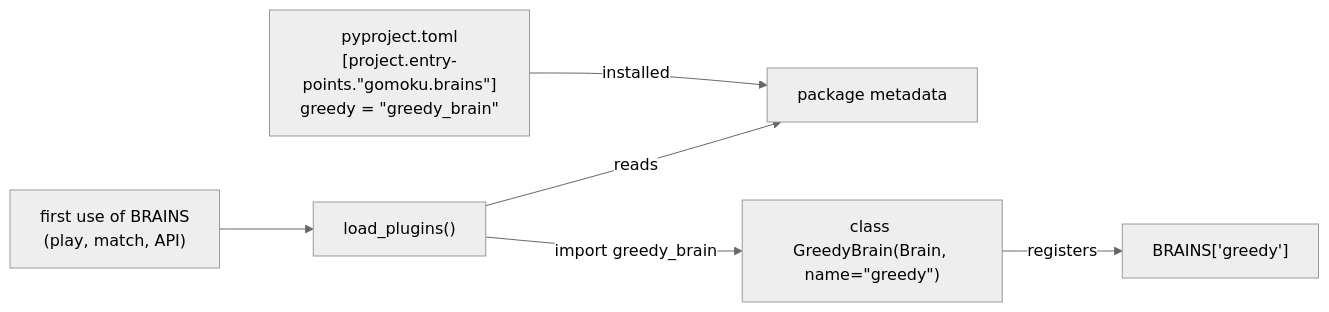
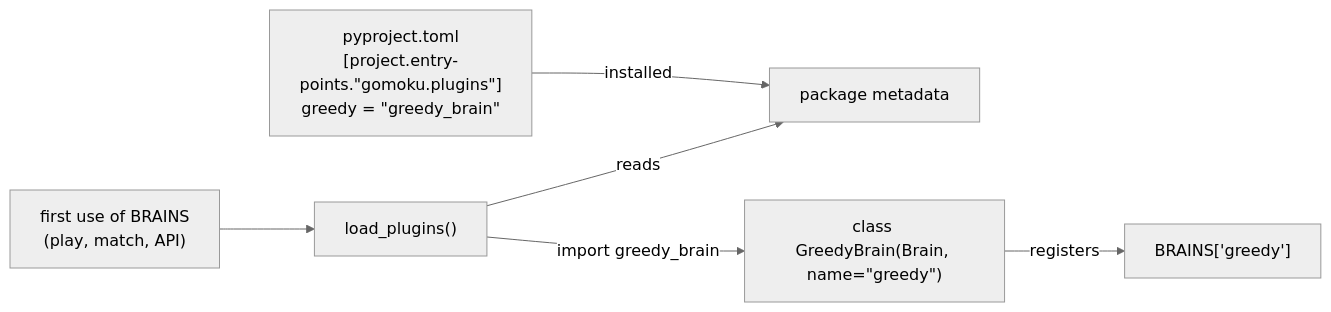
One commit to dominik-skorka/gomoku changed the diagram in docs/WRITING_A_BRAIN.md. Above: the diagram before and after it, drawn with Mermaid (neutral theme). The commit also changed other lines of this file and 10 other files, not shown here.

First line of the commit message:
Plug-ins: entry-point group gomoku.plugins, strategies documented

````diff
--- a/docs/WRITING_A_BRAIN.md
+++ b/docs/WRITING_A_BRAIN.md
@@ -35,8 +40,8 @@
 ```mermaid
 flowchart LR
-    A["pyproject.toml<br/>[project.entry-points.&quot;gomoku.brains&quot;]<br/>greedy = &quot;greedy_brain&quot;"] -->|installed| B["package metadata"]
+    A["pyproject.toml<br/>[project.entry-points.&quot;gomoku.plugins&quot;]<br/>greedy = &quot;greedy_brain&quot;"] -->|installed| B["package metadata"]
     C["first use of BRAINS<br/>(play, match, API)"] --> D["load_plugins()"]
     D -->|reads| B
     D -->|import greedy_brain| E["class GreedyBrain(Brain, name=&quot;greedy&quot;)"]
     E -->|registers| F["BRAINS['greedy']"]
 ```
````
